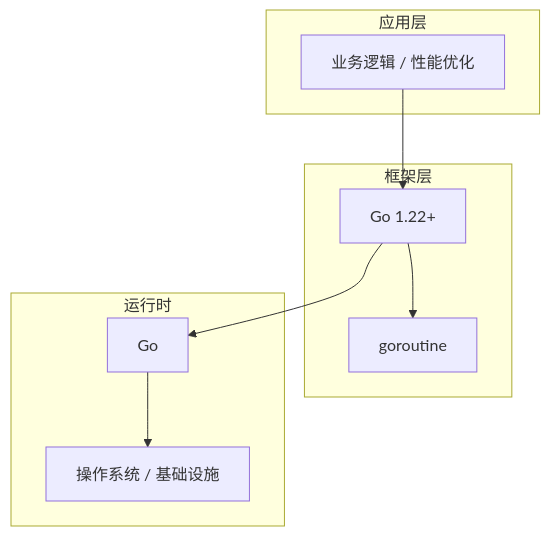
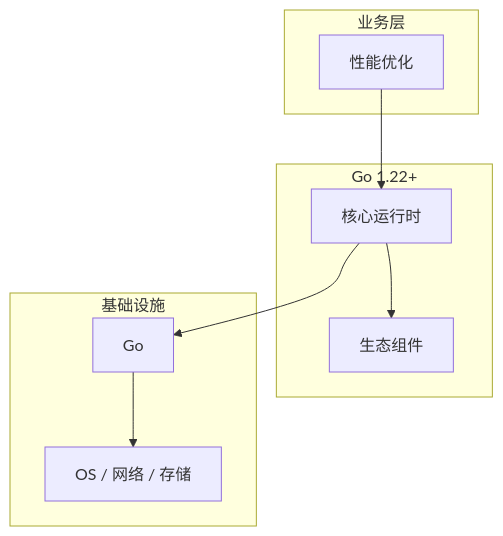
Before and after one commit to yanggan2015/knowledge-json-v2: the diagram in articles/Go语言/chapters/107-性能优化核心概念与原理.md, drawn with Mermaid. The commit also changed other lines of this file and 10127 other files, not shown here.

````diff
--- a/articles/Go语言/chapters/107-性能优化核心概念与原理.md
+++ b/articles/Go语言/chapters/107-性能优化核心概念与原理.md
@@ -45,18 +34,18 @@
 ```mermaid
 graph TB
-    subgraph 应用层
-        A[业务逻辑 / 性能优化]
+    subgraph 业务层
+        A[性能优化]
     end
-    subgraph 框架层
-        B[Go 1.22+]
-        C[goroutine]
+    subgraph Go 1.22+
+        B[核心运行时]
+        C[生态组件]
     end
-    subgraph 运行时
+    subgraph 基础设施
         D[Go]
-        E[操作系统 / 基础设施]
+        E[OS / 网络 / 存储]
     end
     A --> B
     B --> C
     B --> D
     D --> E
 ```
````
